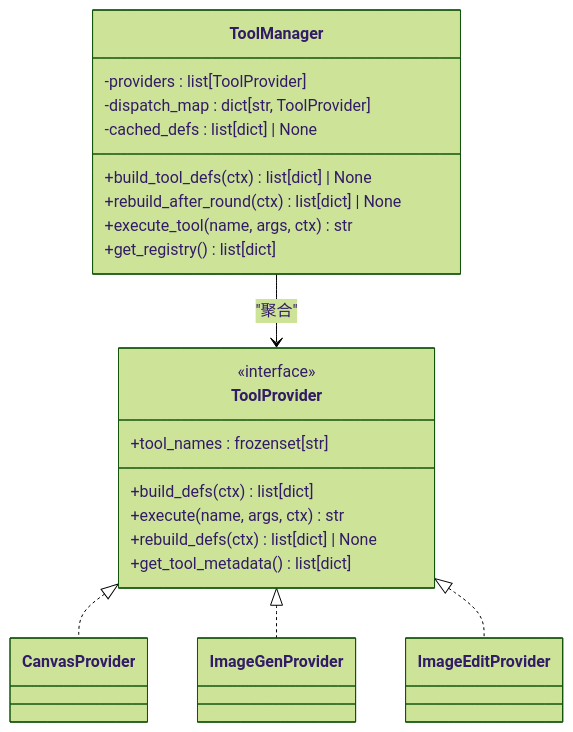
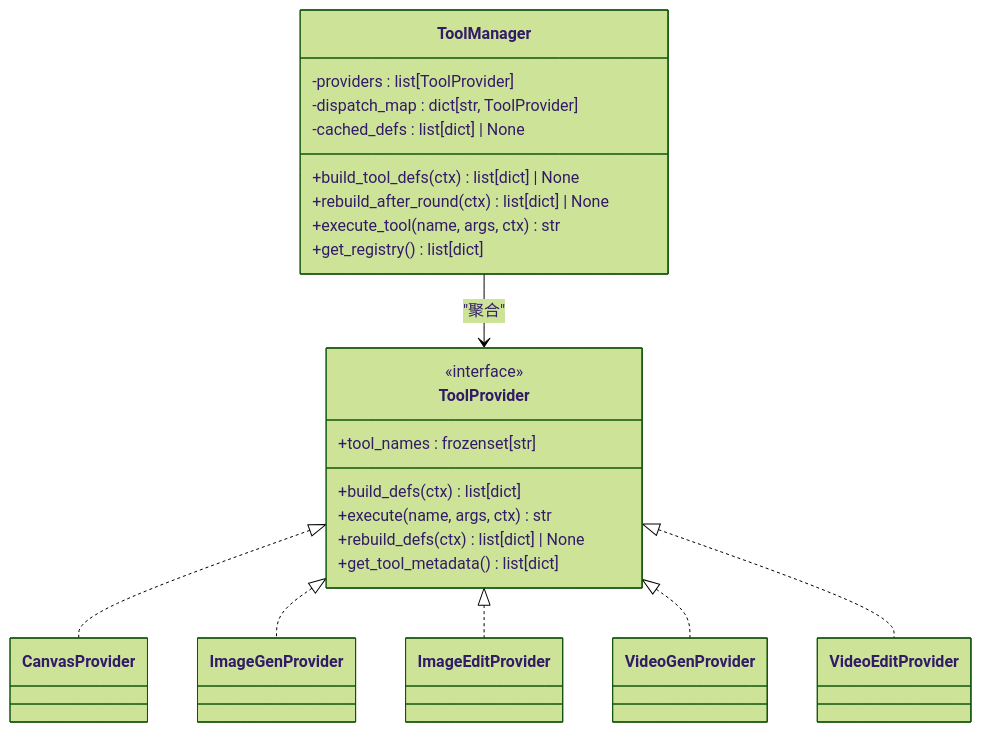
Before and after one commit to KunLabAI/KunFlix: the third of 5 diagrams in .qoder/repowiki/zh/content/后端服务架构/业务服务层/工具管理系统/全局工具配置系统.md, drawn with Mermaid (forest theme). The commit also changed other lines of this file and 29 other files, not shown here.

````diff
--- a/.qoder/repowiki/zh/content/后端服务架构/业务服务层/工具管理系统/全局工具配置系统.md
+++ b/.qoder/repowiki/zh/content/后端服务架构/业务服务层/工具管理系统/全局工具配置系统.md
@@ -161,27 +194,31 @@
 ```mermaid
 classDiagram
 class ToolManager {
 -providers : list[ToolProvider]
 -dispatch_map : dict[str, ToolProvider]
 -cached_defs : list[dict] | None
 +build_tool_defs(ctx) list[dict] | None
 +rebuild_after_round(ctx) list[dict] | None
 +execute_tool(name, args, ctx) str
 +get_registry() list[dict]
 }
 class ToolProvider {
 <<interface>>
 +tool_names : frozenset[str]
 +build_defs(ctx) list[dict]
 +execute(name, args, ctx) str
 +rebuild_defs(ctx) list[dict] | None
 +get_tool_metadata() list[dict]
 }
 class CanvasProvider
 class ImageGenProvider
 class ImageEditProvider
+class VideoGenProvider
+class VideoEditProvider
 ToolManager --> ToolProvider : "聚合"
 ToolProvider <|.. CanvasProvider
 ToolProvider <|.. ImageGenProvider
 ToolProvider <|.. ImageEditProvider
+ToolProvider <|.. VideoGenProvider
+ToolProvider <|.. VideoEditProvider
 ```
````
